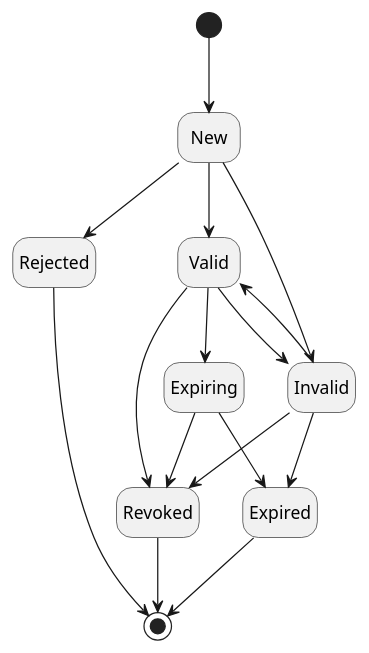
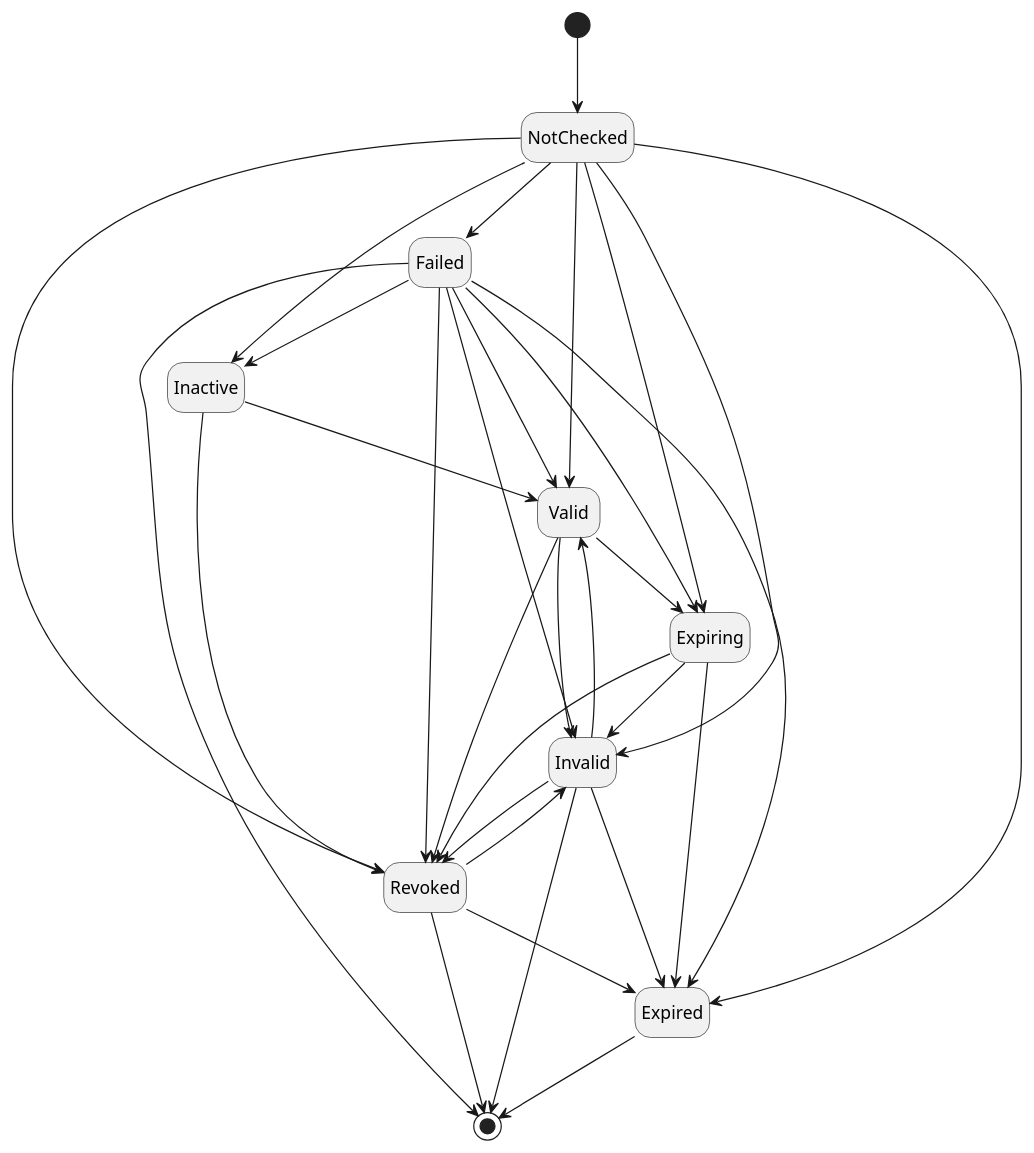
One commit to CZERTAINLY/CZERTAINLY-Documentation changed the second of 4 diagrams in docs/10-certificate-key/02-concept-design/04-core-components/12-certificate.md. Above: the diagram before and after it, drawn with PlantUML. The commit also changed other lines of this file, not shown here.

````diff
--- a/docs/10-certificate-key/02-concept-design/04-core-components/12-certificate.md
+++ b/docs/10-certificate-key/02-concept-design/04-core-components/12-certificate.md
@@ -91,22 +92,38 @@
 ```plantuml
 @startuml
 hide empty description
 
-[*] --> New
-New --> Rejected
-New --> Valid
-New --> Invalid
+[*] --> NotChecked
+NotChecked --> Failed
+NotChecked --> Inactive
+NotChecked --> Valid
+NotChecked --> Invalid
+NotChecked --> Expiring
+NotChecked --> Expired
+NotChecked --> Revoked
+Failed --> Inactive
+Failed --> Valid
+Failed --> Invalid
+Failed --> Expiring
+Failed --> Expired
+Failed --> Revoked
+Inactive --> Valid
+Inactive --> Revoked
 Valid --> Invalid
 Valid --> Revoked
 Valid --> Expiring
 Invalid --> Valid
 Invalid --> Revoked
 Invalid --> Expired
+Revoked --> Invalid
+Revoked --> Expired
+Expiring --> Invalid
 Expiring --> Revoked
 Expiring --> Expired
+Failed --> [*]
 Expired --> [*]
-Rejected --> [*]
+Invalid --> [*]
 Revoked --> [*]
 
 @enduml
 ```
````
